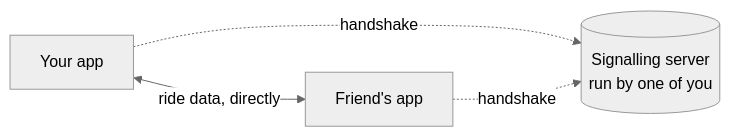
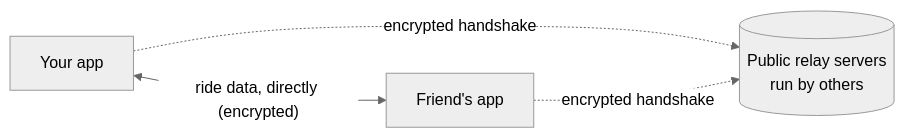
Before and after one commit to graemer-org/freilauf: the diagram in docs/group-rides.md, drawn with Mermaid (neutral theme). The commit also changed other lines of this file and 51 other files, not shown here.

First line of the commit message:
Group rides over public relays via Trystero: no server to set up

````diff
--- a/docs/group-rides.md
+++ b/docs/group-rides.md
@@ -24,6 +62,6 @@
 ```mermaid
 flowchart LR
-  A["Your app"] <-- "ride data, directly" --> B["Friend's app"]
-  A -. "handshake" .-> S[("Signalling server<br/>run by one of you")]
-  B -. "handshake" .-> S
+  A["Your app"] <-- "ride data, directly (encrypted)" --> B["Friend's app"]
+  A -. "encrypted handshake" .-> R[("Public relay servers<br/>run by others")]
+  B -. "encrypted handshake" .-> R
 ```
````
